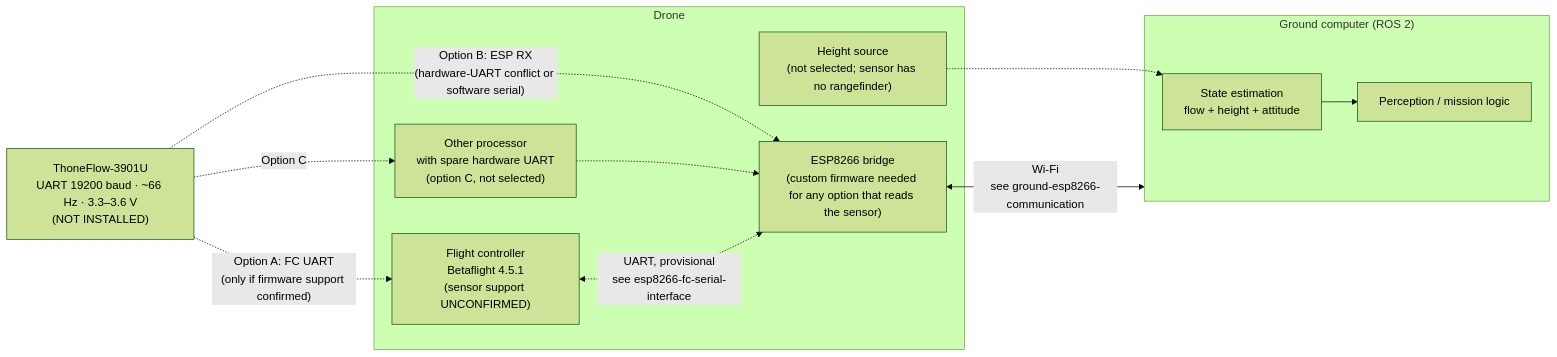
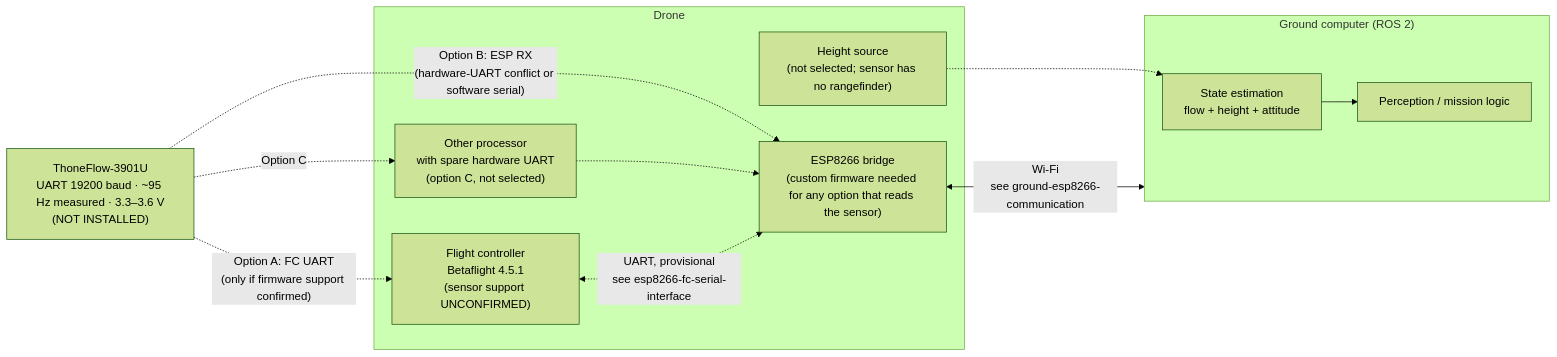
Before and after one commit to SEAME-pt/SEA-ME_Team1_ROSRangers: the diagram in docs/Communication/ThoneFlow.md, drawn with Mermaid (forest theme). The commit also changed other lines of this file and 7 other files, not shown here.

First line of the commit message:
Add the ThoneFlow-3901U parser and the bench results (#107) (#210)

````diff
--- a/docs/Communication/ThoneFlow.md
+++ b/docs/Communication/ThoneFlow.md
@@ -209,25 +262,25 @@
 ```mermaid
 flowchart LR
-    SENS["ThoneFlow-3901U<br/>UART 19200 baud · ~66 Hz · 3.3–3.6 V<br/>(NOT INSTALLED)"]
+    SENS["ThoneFlow-3901U<br/>UART 19200 baud · ~95 Hz measured · 3.3–3.6 V<br/>(NOT INSTALLED)"]
 
     subgraph DRONE["Drone"]
         FC["Flight controller<br/>Betaflight 4.5.1<br/>(sensor support UNCONFIRMED)"]
         ESP["ESP8266 bridge<br/>(custom firmware needed for any option that reads the sensor)"]
         OTHER["Other processor<br/>with spare hardware UART<br/>(option C, not selected)"]
         HGT["Height source<br/>(not selected; sensor has no rangefinder)"]
     end
 
     subgraph GND["Ground computer (ROS 2)"]
         EST["State estimation<br/>flow + height + attitude"]
         PERC["Perception / mission logic"]
     end
 
     SENS -. "Option A: FC UART<br/>(only if firmware support confirmed)" .-> FC
     SENS -. "Option B: ESP RX<br/>(hardware-UART conflict or software serial)" .-> ESP
     SENS -. "Option C" .-> OTHER
     OTHER -.-> ESP
     FC <-. "UART, provisional<br/>see esp8266-fc-serial-interface" .-> ESP
     ESP <-- "Wi-Fi<br/>see ground-esp8266-communication" --> GND
     HGT -.-> EST
     EST --> PERC
 ```
````
